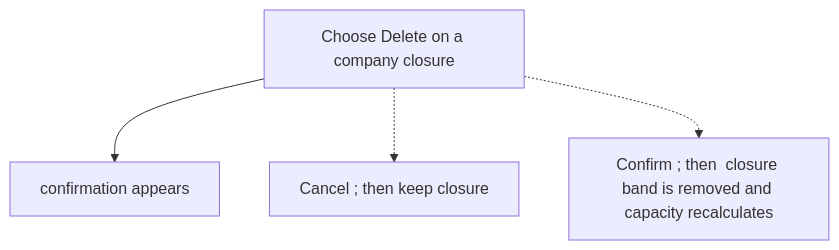
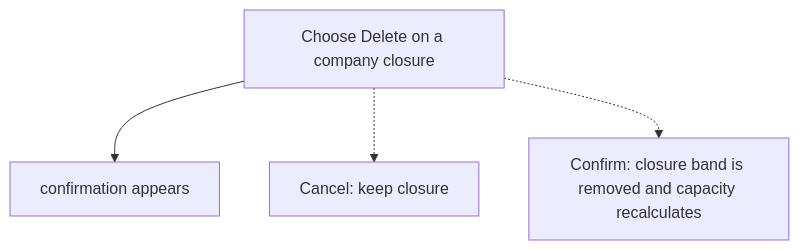
Before and after one commit to Kevinjohn/capacitylens: the first of 2 diagrams in user-stories/time-off/US-TOF-09-delete-company-closure.md, drawn with Mermaid. The commit also changed other lines of this file and 119 other files, not shown here.

First line of the commit message:
docs: correct story text and flow diagrams against current source

````diff
--- a/user-stories/time-off/US-TOF-09-delete-company-closure.md
+++ b/user-stories/time-off/US-TOF-09-delete-company-closure.md
@@ -22,10 +22,10 @@
 ```mermaid
 flowchart TD
   N1["Choose Delete on a company closure"]
   N2["confirmation appears"]
-  B1["Cancel ; then  keep closure"]
-  B2["Confirm ; then  closure band is removed and capacity recalculates"]
+  B1["Cancel: keep closure"]
+  B2["Confirm: closure band is removed and capacity recalculates"]
   N1 --> N2
   N1 -.-> B1
   N1 -.-> B2
 ```
````
